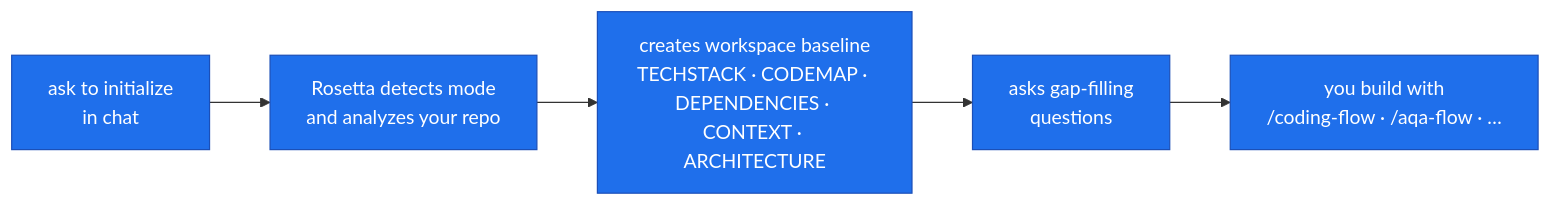
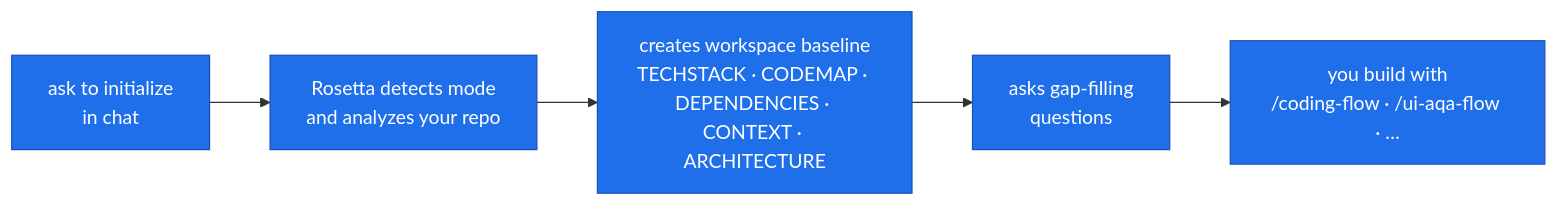
The first of 2 diagrams in README.md (griddynamics/rosetta), drawn with Mermaid before and after one commit. The commit also changed 12 other files, not shown here.

First line of the commit message:
Sync release docs for the AQA flows split (ui-aqa / api-aqa + router)

````diff
--- a/README.md
+++ b/README.md
@@ -67,10 +67,10 @@
 ```mermaid
 flowchart LR
     D["ask to initialize<br/>in chat"] --> A["Rosetta detects mode<br/>and analyzes your repo"]
     A --> W["creates workspace baseline<br/>TECHSTACK · CODEMAP · DEPENDENCIES · CONTEXT · ARCHITECTURE"]
     W --> Q["asks gap-filling<br/>questions"]
-    Q --> S["you build with<br/>/coding-flow · /aqa-flow · …"]
+    Q --> S["you build with<br/>/coding-flow · /ui-aqa-flow · …"]
 
     classDef step fill:#1f6feb,stroke:#1b4fb8,color:#ffffff;
     class D,A,W,Q,S step
 ```
````
